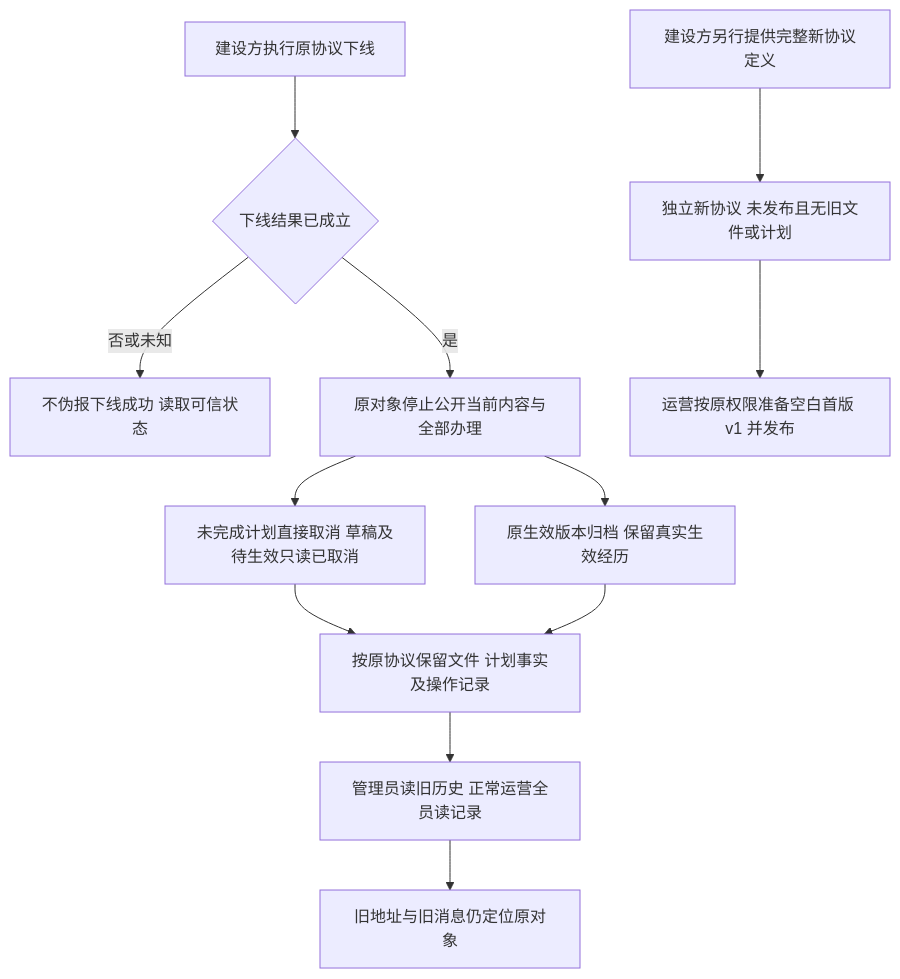
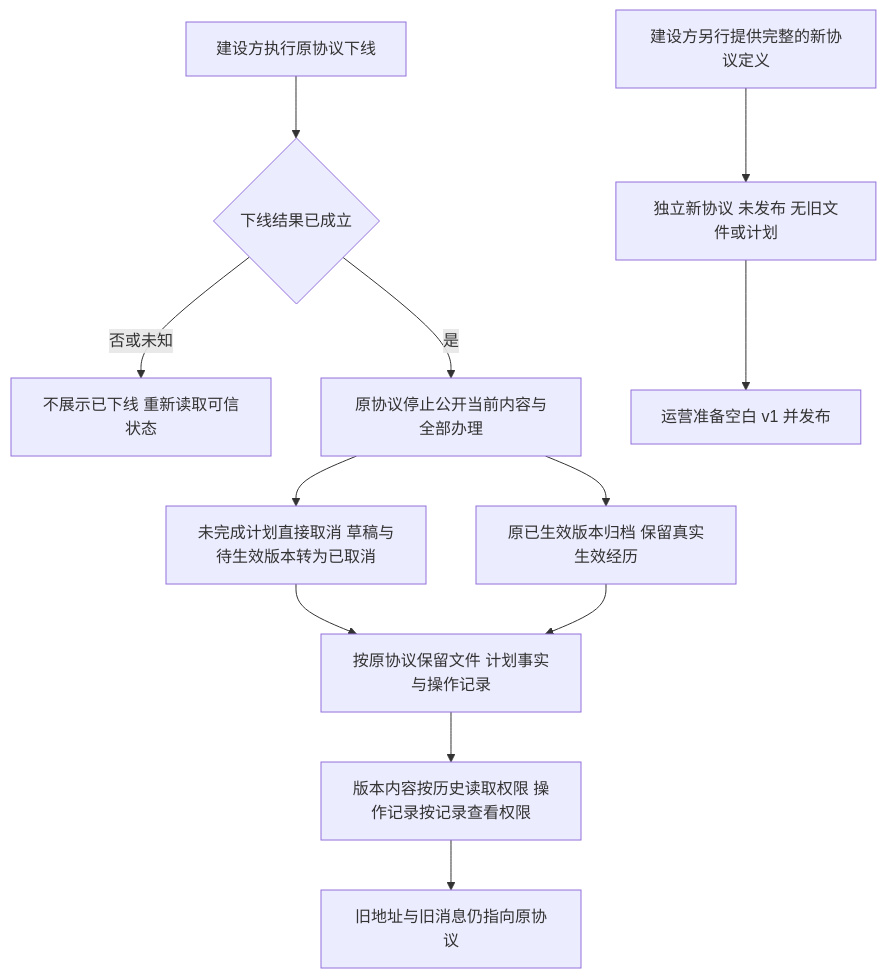
The sixth of 8 diagrams in lending-platform/PRD/运营端/03-运营端协议管理/02-运营端协议管理-流程图与状态机.md (wxblockchain/Chain-Financing), drawn with Mermaid before and after one commit. The commit also changed other lines of this file and 6 other files, not shown here.

````diff
--- a/lending-platform/PRD/运营端/03-运营端协议管理/02-运营端协议管理-流程图与状态机.md
+++ b/lending-platform/PRD/运营端/03-运营端协议管理/02-运营端协议管理-流程图与状态机.md
@@ -176,14 +161,14 @@
 ```mermaid
 flowchart TD
     A[建设方执行原协议下线] --> B{下线结果已成立}
-    B -->|否或未知| C[不伪报下线成功 读取可信状态]
-    B -->|是| D[原对象停止公开当前内容与全部办理]
-    D --> E[未完成计划直接取消 草稿及待生效只读已取消]
-    D --> F[原生效版本归档 保留真实生效经历]
-    E --> G[按原协议保留文件 计划事实及操作记录]
+    B -->|否或未知| C[不展示已下线 重新读取可信状态]
+    B -->|是| D[原协议停止公开当前内容与全部办理]
+    D --> E[未完成计划直接取消 草稿与待生效版本转为已取消]
+    D --> F[原已生效版本归档 保留真实生效经历]
+    E --> G[按原协议保留文件 计划事实与操作记录]
     F --> G
-    G --> H[管理员读旧历史 正常运营全员读记录]
-    H --> I[旧地址与旧消息仍定位原对象]
-    J[建设方另行提供完整新协议定义] --> K[独立新协议 未发布且无旧文件或计划]
-    K --> L[运营按原权限准备空白首版 v1 并发布]
+    G --> H[版本内容按历史读取权限 操作记录按记录查看权限]
+    H --> I[旧地址与旧消息仍指向原协议]
+    J[建设方另行提供完整的新协议定义] --> K[独立新协议 未发布 无旧文件或计划]
+    K --> L[运营准备空白 v1 并发布]
 ```
````
